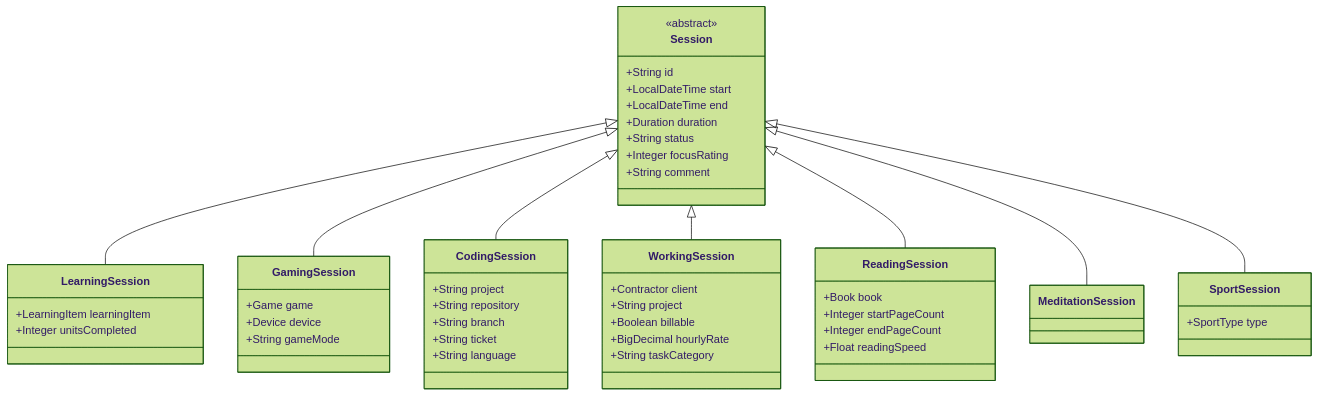
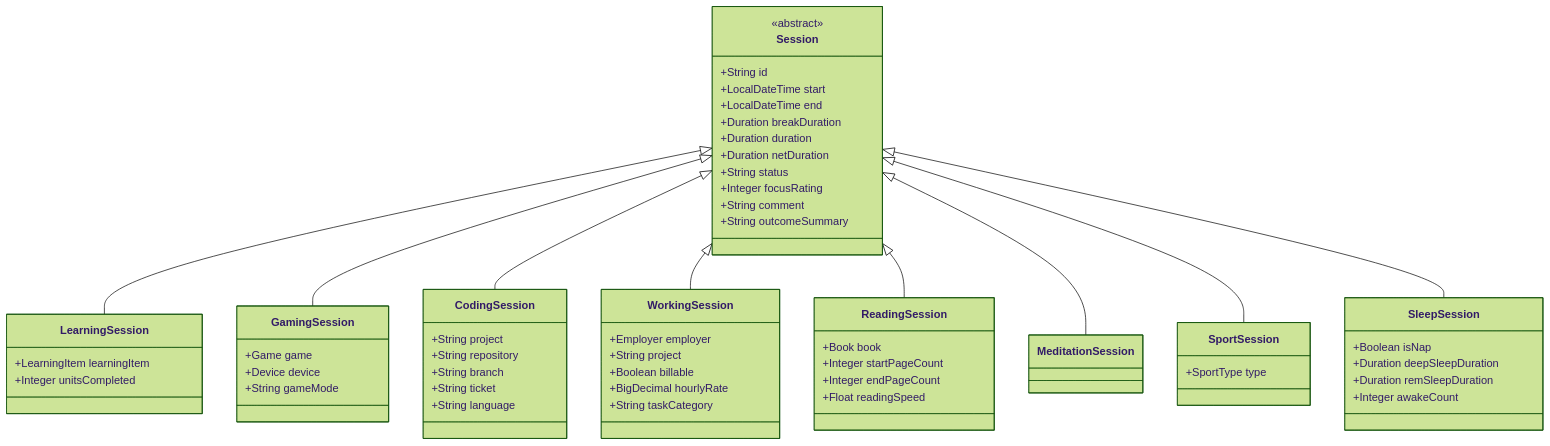
One commit to sidietz/slm changed the diagram in DECISIONS.md. Above: the diagram before and after it, drawn with Mermaid (forest theme). The commit also changed other lines of this file and 1 other file, not shown here.

````diff
--- a/DECISIONS.md
+++ b/DECISIONS.md
@@ -27,55 +47,65 @@
 ```mermaid
 classDiagram
     class Session {
         <<abstract>>
         +String id
         +LocalDateTime start
         +LocalDateTime end
+        +Duration breakDuration
         +Duration duration
+        +Duration netDuration
         +String status
         +Integer focusRating
         +String comment
+        +String outcomeSummary
     }
     class LearningSession {
         +LearningItem learningItem
         +Integer unitsCompleted
     }
     class GamingSession {
         +Game game
         +Device device
         +String gameMode
     }
     class CodingSession {
         +String project
         +String repository
         +String branch
         +String ticket
         +String language
     }
     class WorkingSession {
-        +Contractor client
+        +Employer employer
         +String project
         +Boolean billable
         +BigDecimal hourlyRate
         +String taskCategory
     }
     class ReadingSession {
         +Book book
         +Integer startPageCount
         +Integer endPageCount
         +Float readingSpeed
     }
     class MeditationSession {
     }
     class SportSession {
         +SportType type
     }
+    class SleepSession {
+        +Boolean isNap
+        +Duration deepSleepDuration
+        +Duration remSleepDuration
+        +Integer awakeCount
+    }
 
     Session <|-- LearningSession
     Session <|-- GamingSession
     Session <|-- CodingSession
     Session <|-- WorkingSession
     Session <|-- ReadingSession
     Session <|-- MeditationSession
     Session <|-- SportSession
+    Session <|-- SleepSession
 ```
````
